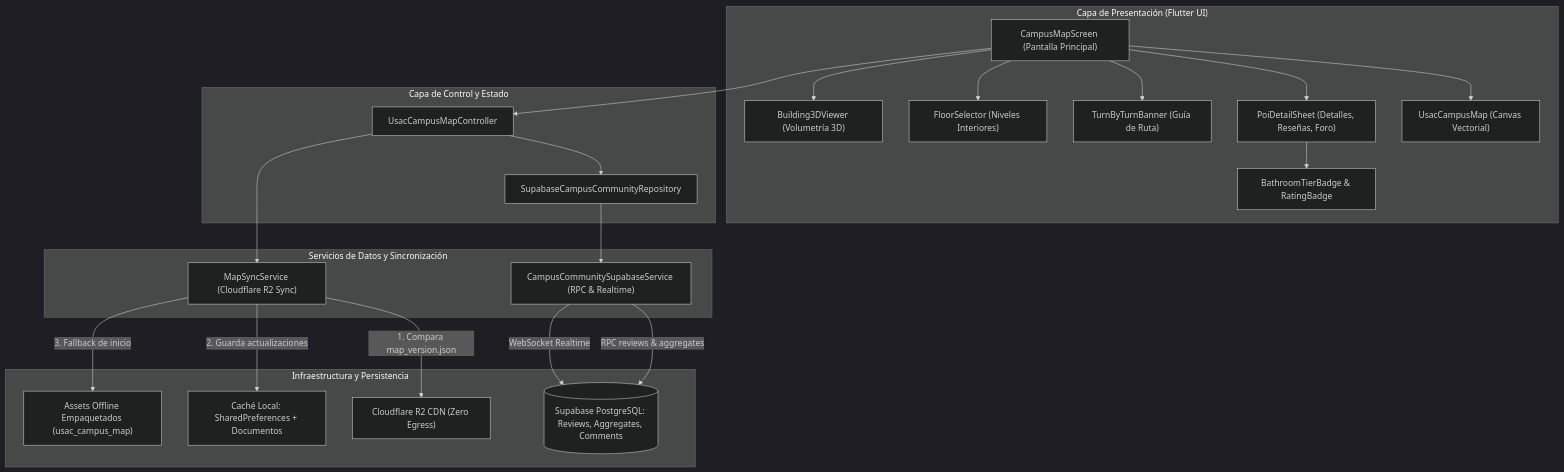
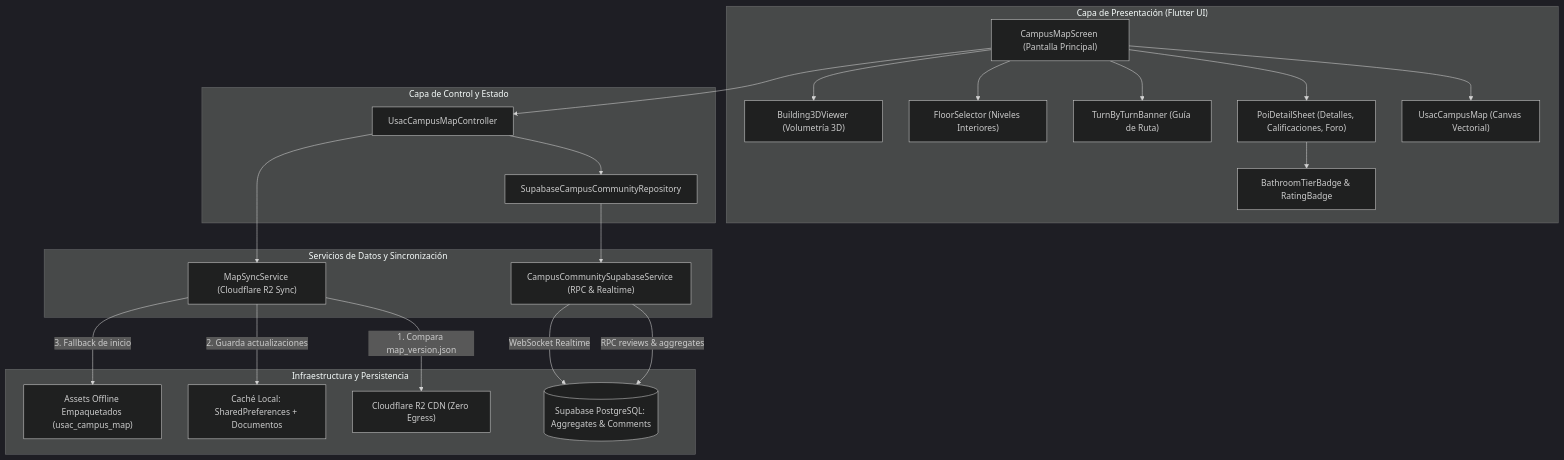
One commit to Trebol4Devop/Comunidad_USAC changed the diagram in docs/map/README.md. Above: the diagram before and after it, drawn with Mermaid (dark theme). The commit also changed other lines of this file and 14 other files, not shown here.

````diff
--- a/docs/map/README.md
+++ b/docs/map/README.md
@@ -30,48 +29,48 @@
 ```mermaid
 flowchart TD
     subgraph UI["Capa de Presentación (Flutter UI)"]
         CMS["CampusMapScreen (Pantalla Principal)"]
         MapView["UsacCampusMap (Canvas Vectorial)"]
-        Sheet["PoiDetailSheet (Detalles, Reseñas, Foro)"]
+        Sheet["PoiDetailSheet (Detalles, Calificaciones, Foro)"]
         Badge["BathroomTierBadge & RatingBadge"]
         Banner["TurnByTurnBanner (Guía de Ruta)"]
         FloorSel["FloorSelector (Niveles Interiores)"]
         Viewer3D["Building3DViewer (Volumetría 3D)"]
     end
 
     subgraph Controller["Capa de Control y Estado"]
         MapCtrl["UsacCampusMapController"]
         RepoHybrid["SupabaseCampusCommunityRepository"]
     end
 
     subgraph Services["Servicios de Datos y Sincronización"]
         SyncService["MapSyncService (Cloudflare R2 Sync)"]
         SupabaseService["CampusCommunitySupabaseService (RPC & Realtime)"]
     end
 
     subgraph Storage["Infraestructura y Persistencia"]
         R2["Cloudflare R2 CDN (Zero Egress)"]
-        SupaDB[("Supabase PostgreSQL: Reviews, Aggregates, Comments")]
+        SupaDB[("Supabase PostgreSQL: Aggregates & Comments")]
         LocalStore["Caché Local: SharedPreferences + Documentos"]
         Assets["Assets Offline Empaquetados (usac_campus_map)"]
     end
 
     CMS --> MapView
     CMS --> Sheet
     CMS --> Banner
     CMS --> FloorSel
     CMS --> Viewer3D
     Sheet --> Badge
 
     CMS --> MapCtrl
     MapCtrl --> RepoHybrid
     MapCtrl --> SyncService
 
     SyncService -->|1. Compara map_version.json| R2
     SyncService -->|2. Guarda actualizaciones| LocalStore
     SyncService -->|3. Fallback de inicio| Assets
 
     RepoHybrid --> SupabaseService
     SupabaseService -->|RPC reviews & aggregates| SupaDB
     SupabaseService -->|WebSocket Realtime| SupaDB
 ```
````
